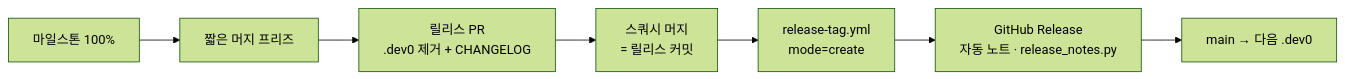
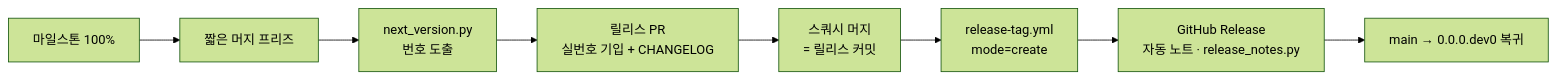
One commit to pmmm114/okf-wiki-plugin changed the diagram in docs/releasing.md. Above: the diagram before and after it, drawn with Mermaid (forest theme). The commit also changed other lines of this file and 8 other files, not shown here.

First line of the commit message:
docs(releasing): 버전 넘버링 커밋-도출로 전환 — 버전-중립 main + next_version 도출 (#164) (#168)

````diff
--- a/docs/releasing.md
+++ b/docs/releasing.md
@@ -82,9 +108,10 @@
 ```mermaid
 flowchart LR
   M[마일스톤 100%] --> F[짧은 머지 프리즈]
-  F --> R[릴리스 PR<br/>.dev0 제거 + CHANGELOG]
+  F --> V[next_version.py<br/>번호 도출]
+  V --> R[릴리스 PR<br/>실번호 기입 + CHANGELOG]
   R --> S[스쿼시 머지<br/>= 릴리스 커밋]
   S --> T[release-tag.yml<br/>mode=create]
   T --> G[GitHub Release<br/>자동 노트 · release_notes.py]
-  G --> N[main → 다음 .dev0]
+  G --> N[main → 0.0.0.dev0 복귀]
 ```
````
